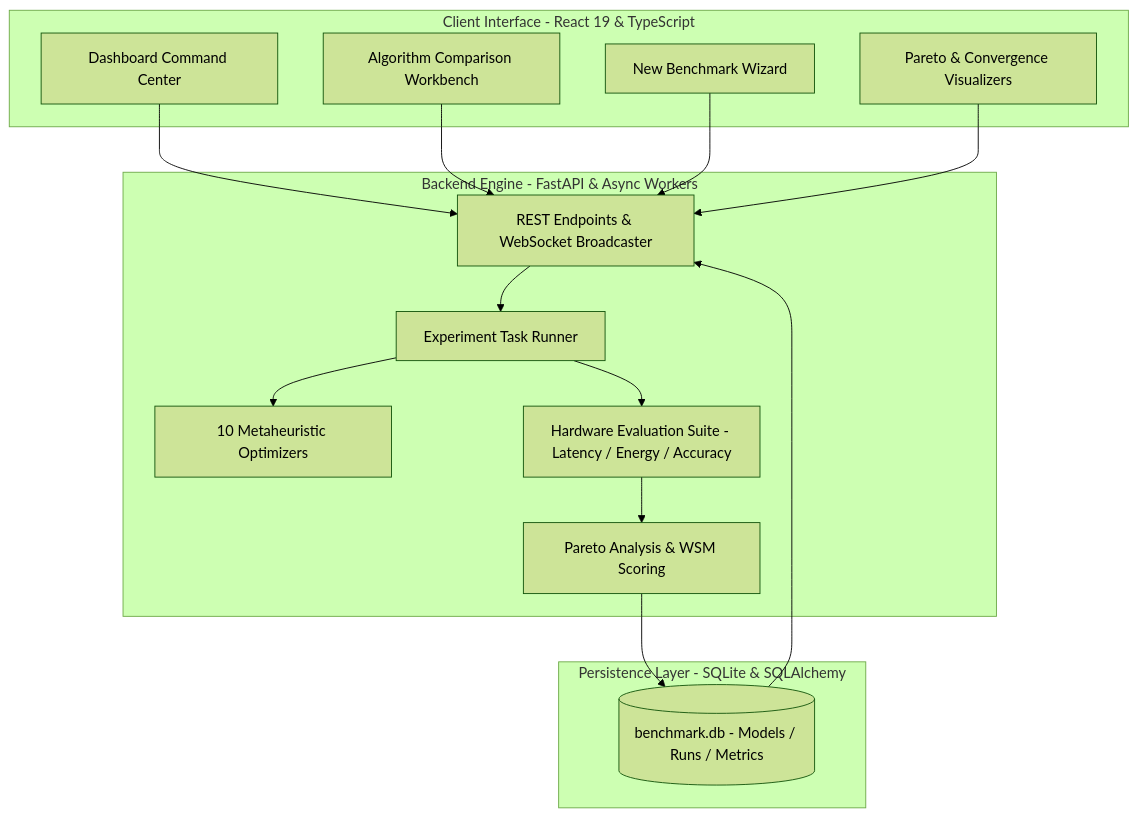
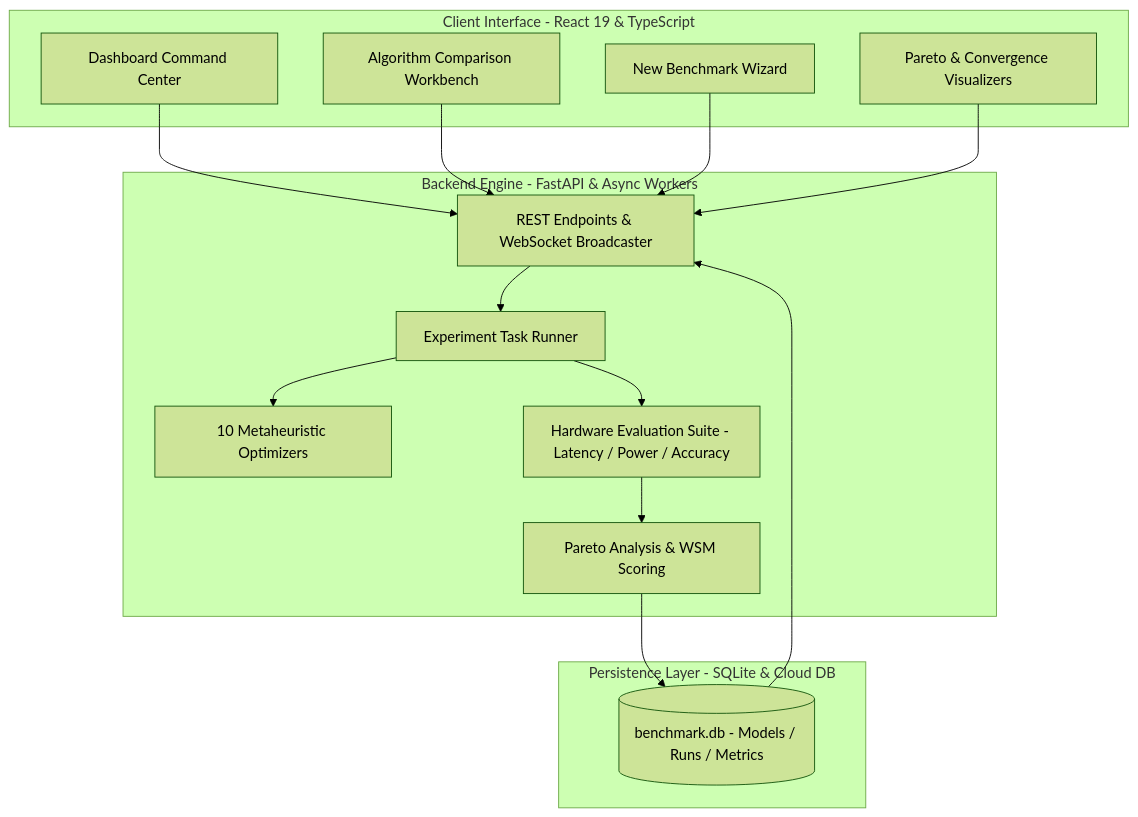
Before and after one commit to UmeshCode1/cnn-optimization-benchmark: the diagram in README.md, drawn with Mermaid (forest theme). The commit also changed other lines of this file and 1 other file, not shown here.

````diff
--- a/README.md
+++ b/README.md
@@ -65,32 +69,32 @@
 ```mermaid
 graph TD
     subgraph ClientLayer [Client Interface - React 19 & TypeScript]
         UI[Dashboard Command Center]
         WB[Algorithm Comparison Workbench]
         Wiz[New Benchmark Wizard]
         Plots[Pareto & Convergence Visualizers]
     end
 
     subgraph BackendLayer [Backend Engine - FastAPI & Async Workers]
         API[REST Endpoints & WebSocket Broadcaster]
         Runner[Experiment Task Runner]
         Optimizers[10 Metaheuristic Optimizers]
-        Eval[Hardware Evaluation Suite - Latency / Energy / Accuracy]
+        Eval[Hardware Evaluation Suite - Latency / Power / Accuracy]
         Analytics[Pareto Analysis & WSM Scoring]
     end
 
-    subgraph StorageLayer [Persistence Layer - SQLite & SQLAlchemy]
+    subgraph StorageLayer [Persistence Layer - SQLite & Cloud DB]
         DB[(benchmark.db - Models / Runs / Metrics)]
     end
 
     UI --> API
     WB --> API
     Wiz --> API
     Plots --> API
     API --> Runner
     Runner --> Optimizers
     Runner --> Eval
     Eval --> Analytics
     Analytics --> DB
     DB --> API
 ```
````
